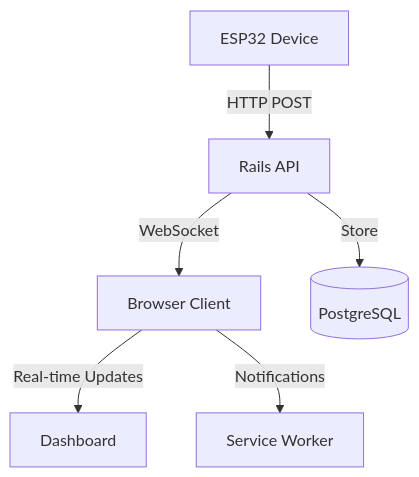
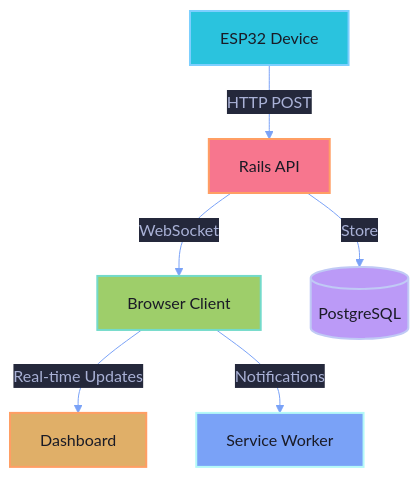
Before and after one commit to mathisto/sprout-server: the diagram in README.md, drawn with Mermaid.

Commit message:
🎨 Enhance architecture diagram with Tokyo Night theme

````diff
--- a/README.md
+++ b/README.md
@@ -96,8 +96,29 @@
 ```mermaid
+%%{
+  init: {
+    'theme': 'base',
+    'themeVariables': {
+      'primaryColor': '#1a1b26',
+      'primaryTextColor': '#a9b1d6',
+      'primaryBorderColor': '#7aa2f7',
+      'lineColor': '#7aa2f7',
+      'secondaryColor': '#24283b',
+      'tertiaryColor': '#414868'
+    }
+  }
+}%%
 graph TD
-    A[ESP32 Device] -->|HTTP POST| B[Rails API]
-    B -->|WebSocket| C[Browser Client]
-    B -->|Store| D[(PostgreSQL)]
-    C -->|Real-time Updates| E[Dashboard]
-    C -->|Notifications| F[Service Worker]
+    A[ESP32 Device]:::iot -->|HTTP POST| B[Rails API]:::server
+    B -->|WebSocket| C[Browser Client]:::client
+    B -->|Store| D[(PostgreSQL)]:::db
+    C -->|Real-time Updates| E[Dashboard]:::ui
+    C -->|Notifications| F[Service Worker]:::worker
+
+    classDef default fill:#1a1b26,stroke:#7aa2f7,color:#a9b1d6,stroke-width:2px
+    classDef iot fill:#2ac3de,stroke:#7dcfff,color:#1a1b26,stroke-width:2px
+    classDef server fill:#f7768e,stroke:#ff9e64,color:#1a1b26,stroke-width:2px
+    classDef client fill:#9ece6a,stroke:#73daca,color:#1a1b26,stroke-width:2px
+    classDef db fill:#bb9af7,stroke:#c0caf5,color:#1a1b26,stroke-width:2px
+    classDef ui fill:#e0af68,stroke:#ff9e64,color:#1a1b26,stroke-width:2px
+    classDef worker fill:#7aa2f7,stroke:#b4f9f8,color:#1a1b26,stroke-width:2px
 ```
````
